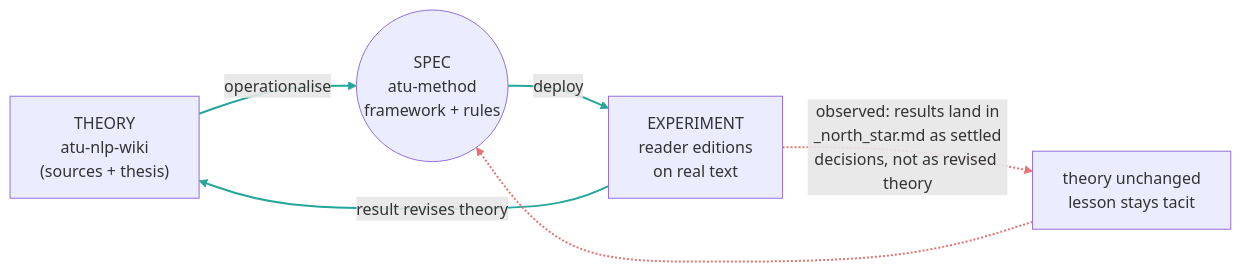
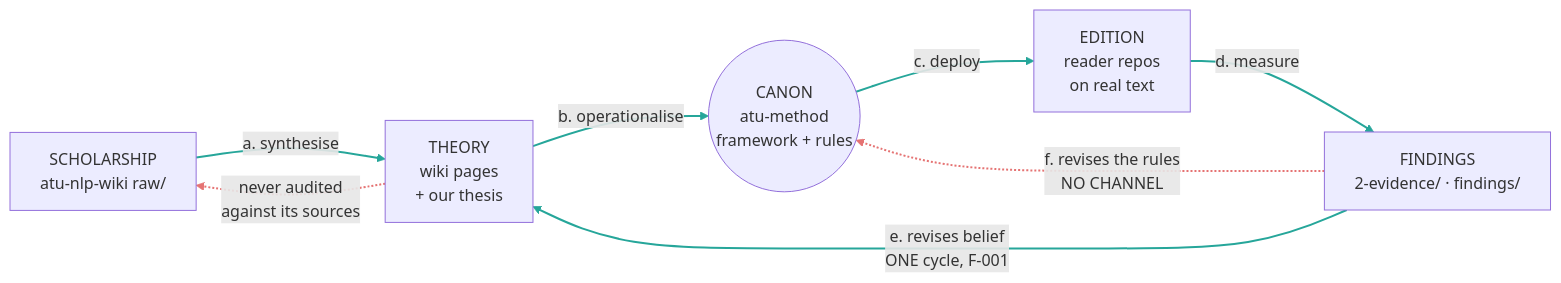
Before and after one commit to bibleman-stan/atu-method: the sixth of 7 diagrams in 4-process/improvement-loops.md, drawn with Mermaid. The commit also changed other lines of this file, not shown here.

First paragraph of the commit message:
docs: findings are a node, not an arrow — redraw Loop 5's two return edges
Stan, looking at the visual: "so on the visual, it's the loop between the
findings and the canon?" Correct, and sharper than what was drawn.

````diff
--- a/4-process/improvement-loops.md
+++ b/4-process/improvement-loops.md
@@ -212,11 +212,13 @@
 ```mermaid
 %%{init: {"flowchart": {"useMaxWidth": true}} }%%
 flowchart LR
-    T["THEORY<br/>atu-nlp-wiki<br/>(sources + thesis)"] -->|"operationalise"| S(("SPEC<br/>atu-method<br/>framework + rules"))
-    S -->|"deploy"| E["EXPERIMENT<br/>reader editions<br/>on real text"]
-    E -->|"result revises theory"| T
-    E -.->|"observed: results land in<br/>_north_star.md as settled<br/>decisions, not as revised theory"| D["theory unchanged<br/>lesson stays tacit"]
-    D -.-> S
-    linkStyle 0,1,2 stroke:#26A69A,stroke-width:2px
-    linkStyle 3,4 stroke:#E57373,stroke-width:2px
+    SCH["SCHOLARSHIP<br/>atu-nlp-wiki raw/"] -->|"a. synthesise"| T["THEORY<br/>wiki pages<br/>+ our thesis"]
+    T -->|"b. operationalise"| S(("CANON<br/>atu-method<br/>framework + rules"))
+    S -->|"c. deploy"| E["EDITION<br/>reader repos<br/>on real text"]
+    E -->|"d. measure"| F["FINDINGS<br/>2-evidence/ · findings/"]
+    F -->|"e. revises belief<br/>ONE cycle, F-001"| T
+    F -.->|"f. revises the rules<br/>NO CHANNEL"| S
+    T -.->|"never audited<br/>against its sources"| SCH
+    linkStyle 0,1,2,3,4 stroke:#26A69A,stroke-width:2px
+    linkStyle 5,6 stroke:#E57373,stroke-width:2px
 ```
````
